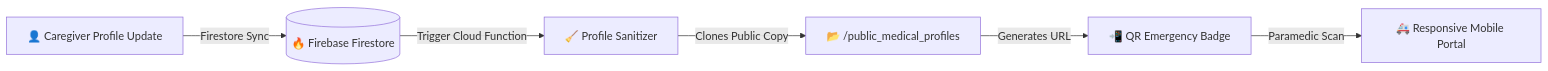
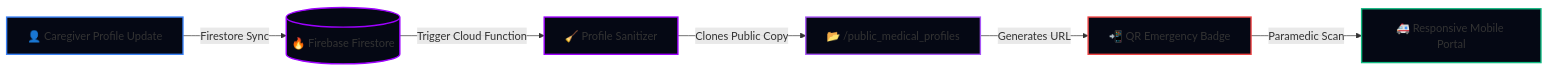
Before and after one commit to developer-gaurang/NuroNode-AI: the third of 4 diagrams in README.md, drawn with Mermaid. The commit also changed other lines of this file and 3 other files, not shown here.

Commit message:
docs: upgrade README with high-fidelity system architecture, animated HUD hero, and roadmap SVGs

````diff
--- a/README.md
+++ b/README.md
@@ -134,8 +122,14 @@
 ```mermaid
 graph LR
     Patient[👤 Caregiver Profile Update] -->|Firestore Sync| Cloud[(🔥 Firebase Firestore)]
     Cloud -->|Trigger Cloud Function| Sanitizer[🧹 Profile Sanitizer]
     Sanitizer -->|Clones Public Copy| PubColl[📂 /public_medical_profiles]
     PubColl -->|Generates URL| QR[📲 QR Emergency Badge]
     QR -->|Paramedic Scan| WebApp[🚑 Responsive Mobile Portal]
+    style Patient fill:#050814,stroke:#3B82F6,stroke-width:2px;
+    style Cloud fill:#050814,stroke:#9E00FF,stroke-width:2px;
+    style Sanitizer fill:#050814,stroke:#9E00FF,stroke-width:2px;
+    style PubColl fill:#050814,stroke:#A855F7,stroke-width:2px;
+    style QR fill:#050814,stroke:#EF4444,stroke-width:2px;
+    style WebApp fill:#050814,stroke:#10B981,stroke-width:2px;
 ```
````
